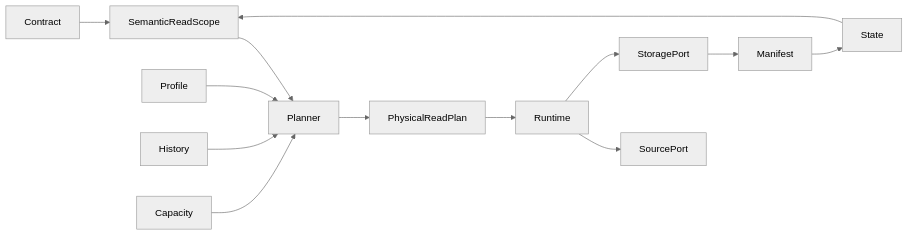
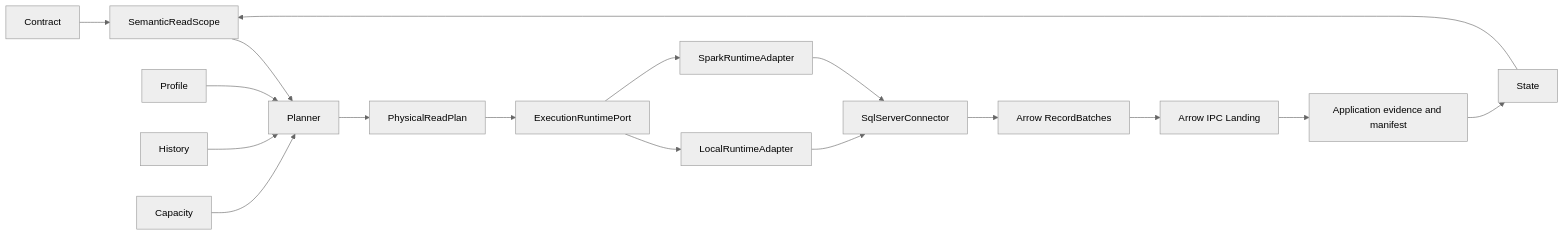
One commit to henrrs/landfall changed the diagram in docs/architecture.md. Above: the diagram before and after it, drawn with Mermaid (neutral theme). The commit also changed other lines of this file and 33 other files, not shown here.

Commit message:
Complete contract lock and Spark runtime certification

````diff
--- a/docs/architecture.md
+++ b/docs/architecture.md
@@ -3,15 +3,19 @@
 ```mermaid
 flowchart LR
   Contract --> Scope[SemanticReadScope]
   State --> Scope
   Scope --> Planner
   Profile --> Planner
   History --> Planner
   Capacity --> Planner
   Planner --> Plan[PhysicalReadPlan]
-  Plan --> Runtime
-  Runtime --> Source[SourcePort]
-  Runtime --> Storage[StoragePort]
-  Storage --> Manifest
-  Manifest --> State
+  Plan --> RuntimePort[ExecutionRuntimePort]
+  RuntimePort --> Local[LocalRuntimeAdapter]
+  RuntimePort --> Spark[SparkRuntimeAdapter]
+  Local --> Source[SqlServerConnector]
+  Spark --> Source
+  Source --> Arrow[Arrow RecordBatches]
+  Arrow --> IPC[Arrow IPC Landing]
+  IPC --> Application[Application evidence and manifest]
+  Application --> State
 ```
````
